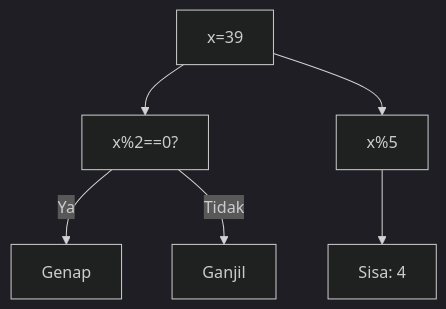
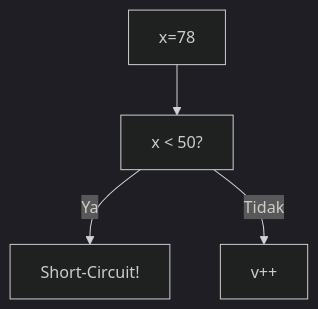
Before and after one commit to amnahwaida/OSNK_INF_PREP: diagram 15 of 25 in part-c-pemahaman-cpp/02-percabangan/latihan/set-01.md, drawn with Mermaid (dark theme). The commit also changed other lines of this file and 71 other files, not shown here.

````diff
--- a/part-c-pemahaman-cpp/02-percabangan/latihan/set-01.md
+++ b/part-c-pemahaman-cpp/02-percabangan/latihan/set-01.md
@@ -350,8 +417,6 @@
 ```mermaid
 graph TD
-A["x=39"] --> B["x%2==0?"]
-B -- Ya --> C["Genap"]
-B -- Tidak --> D["Ganjil"]
-A --> E["x%5"]
-E --> F["Sisa: 4"]
+A["x=78"] --> B["x < 50?"]
+B -- Ya --> C["Short-Circuit!"]
+B -- Tidak --> D["v++"]
 ```
````
